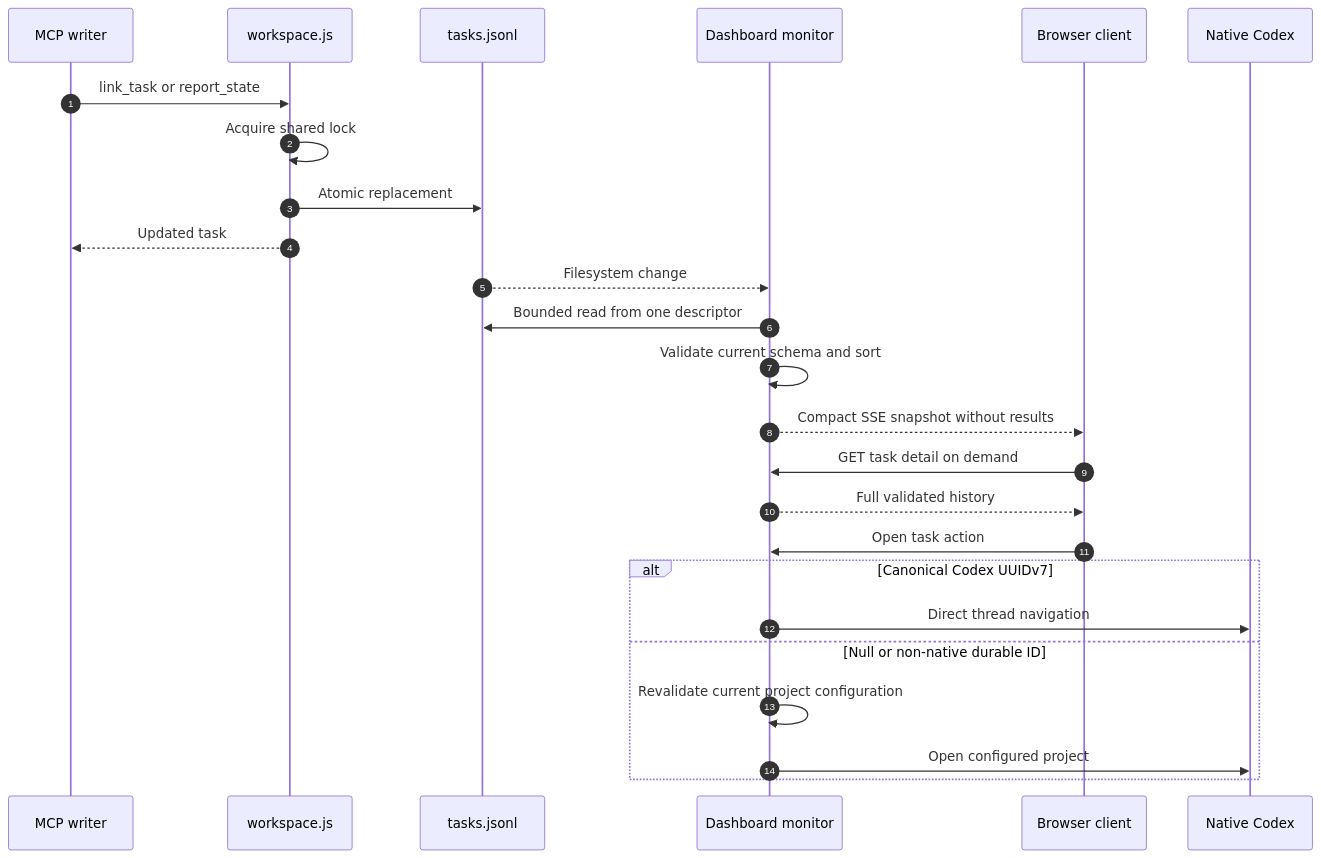
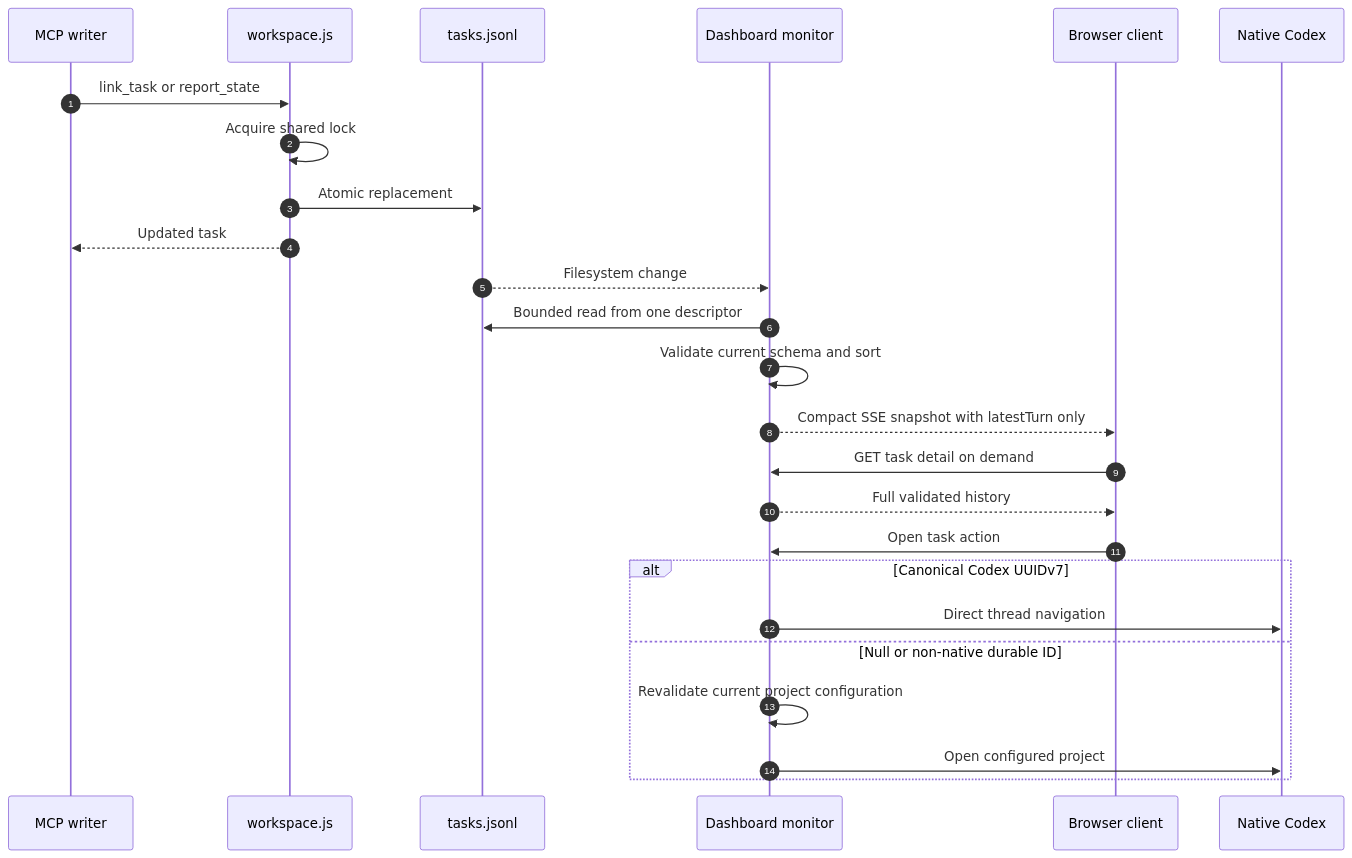
One commit to favoyang/taskchef changed the seventh of 7 diagrams in docs/workflows.md. Above: the diagram before and after it, drawn with Mermaid. The commit also changed other lines of this file and 16 other files, not shown here.

Commit message:
feat: pair TaskChef requests and results by turn

````diff
--- a/docs/workflows.md
+++ b/docs/workflows.md
@@ -250,27 +250,27 @@
 ```mermaid
 sequenceDiagram
   autonumber
   participant M as MCP writer
   participant W as workspace.js
   participant F as tasks.jsonl
   participant D as Dashboard monitor
   participant B as Browser client
   participant C as Native Codex
   M->>W: link_task or report_state
   W->>W: Acquire shared lock
   W->>F: Atomic replacement
   W-->>M: Updated task
   F-->>D: Filesystem change
   D->>F: Bounded read from one descriptor
   D->>D: Validate current schema and sort
-  D-->>B: Compact SSE snapshot without results
+  D-->>B: Compact SSE snapshot with latestTurn only
   B->>D: GET task detail on demand
   D-->>B: Full validated history
   B->>D: Open task action
   alt Canonical Codex UUIDv7
     D->>C: Direct thread navigation
   else Null or non-native durable ID
     D->>D: Revalidate current project configuration
     D->>C: Open configured project
   end
 ```
````
